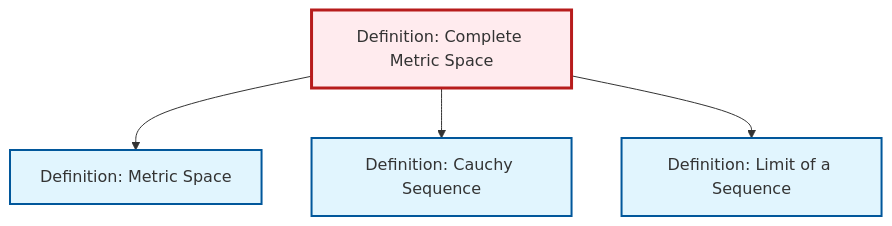
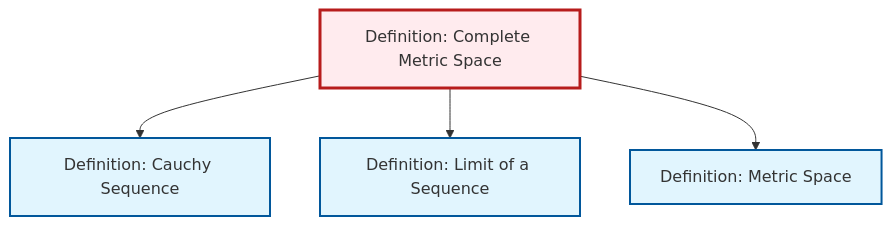
One commit to RK0429/ModernMath changed the diagram in content/en/analysis/def-complete-metric-space.qmd. Above: the diagram before and after it, drawn with Mermaid. The commit also changed other lines of this file and 10 other files, not shown here.

First line of the commit message:
feat: Add Normed Vector Space definition with comprehensive cross-references

````diff
--- a/content/en/analysis/def-complete-metric-space.qmd
+++ b/content/en/analysis/def-complete-metric-space.qmd
@@ -53,20 +53,20 @@
 ```{mermaid}
 %%| fig-cap: "Local dependency graph"
 graph TD
     classDef definition fill:#e1f5fe,stroke:#01579b,stroke-width:2px
     classDef theorem fill:#f3e5f5,stroke:#4a148c,stroke-width:2px
     classDef axiom fill:#fff3e0,stroke:#e65100,stroke-width:2px
     classDef example fill:#e8f5e9,stroke:#1b5e20,stroke-width:2px
     classDef current fill:#ffebee,stroke:#b71c1c,stroke-width:3px
-    def-limit["Definition: Limit of a Sequence"]:::definition
     def-cauchy-sequence["Definition: Cauchy Sequence"]:::definition
     def-complete-metric-space["Definition: Complete Metric Space"]:::definition
+    def-limit["Definition: Limit of a Sequence"]:::definition
     def-metric-space["Definition: Metric Space"]:::definition
-    def-complete-metric-space --> def-metric-space
     def-complete-metric-space --> def-cauchy-sequence
     def-complete-metric-space --> def-limit
+    def-complete-metric-space --> def-metric-space
     class def-complete-metric-space current
+    click def-cauchy-sequence "def-cauchy-sequence.html" "Go to Cauchy Sequence definition"
     click def-limit "def-limit.html" "Go to Limit of a Sequence definition"
-    click def-cauchy-sequence "def-cauchy-sequence.html" "Go to Cauchy Sequence definition"
     click def-metric-space "def-metric-space.html" "Go to Metric Space definition"
 ```
````
